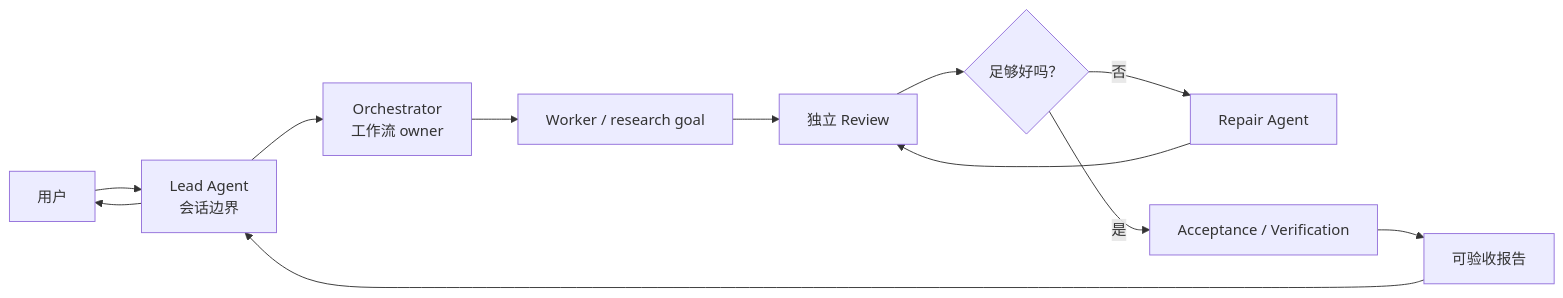
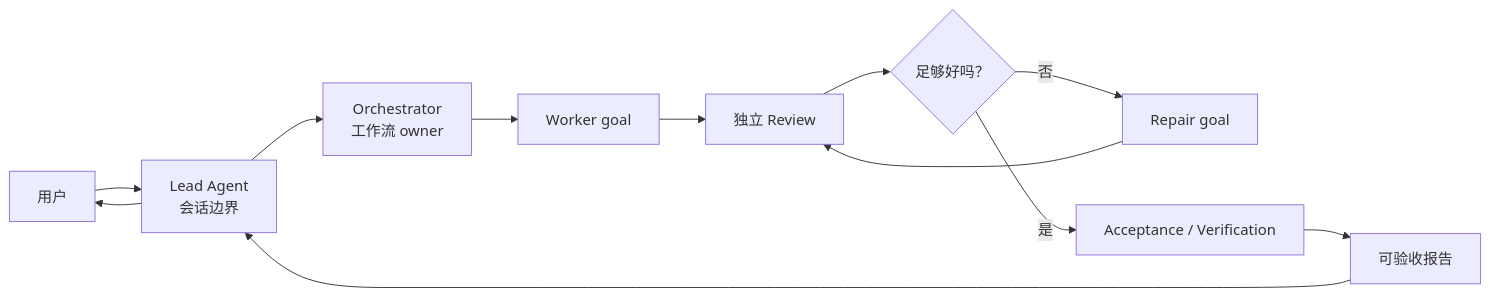
The first of 3 diagrams in README.zh-CN.md (patrick-fu/parallel-goal-workflows), drawn with Mermaid before and after one commit. The commit also changed other lines of this file and 2 other files, not shown here.

First line of the commit message:
Rewrite parallel goal workflow docs

````diff
--- a/README.zh-CN.md
+++ b/README.zh-CN.md
@@ -101,14 +77,14 @@
 ```mermaid
 flowchart LR
   User["用户"] --> Lead["Lead Agent<br/>会话边界"]
   Lead --> Orchestrator["Orchestrator<br/>工作流 owner"]
-  Orchestrator --> Worker["Worker / research goal"]
+  Orchestrator --> Worker["Worker goal"]
   Worker --> Review["独立 Review"]
   Review --> Decision{"足够好吗？"}
-  Decision -- "否" --> Repair["Repair Agent"]
+  Decision -- "否" --> Repair["Repair goal"]
   Repair --> Review
   Decision -- "是" --> Acceptance["Acceptance / Verification"]
   Acceptance --> Report["可验收报告"]
   Report --> Lead
   Lead --> User
 ```
````
